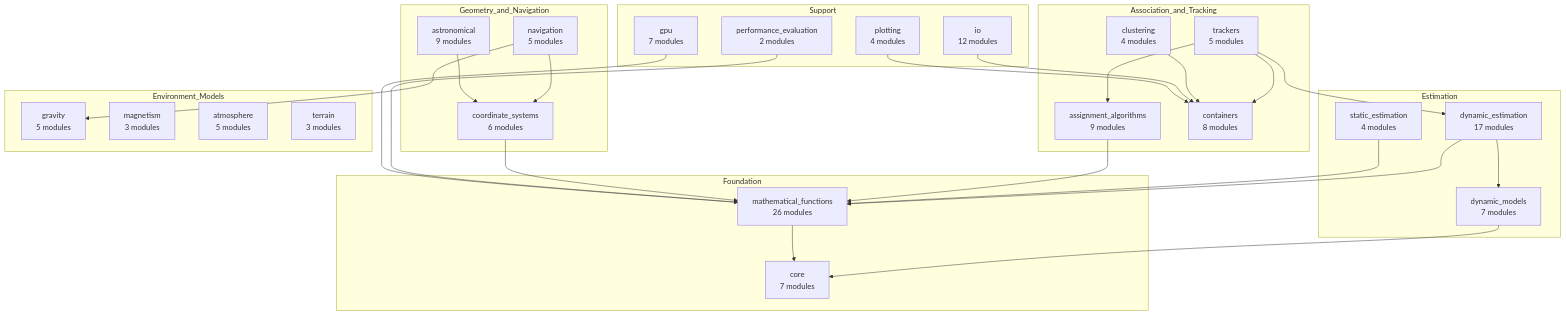
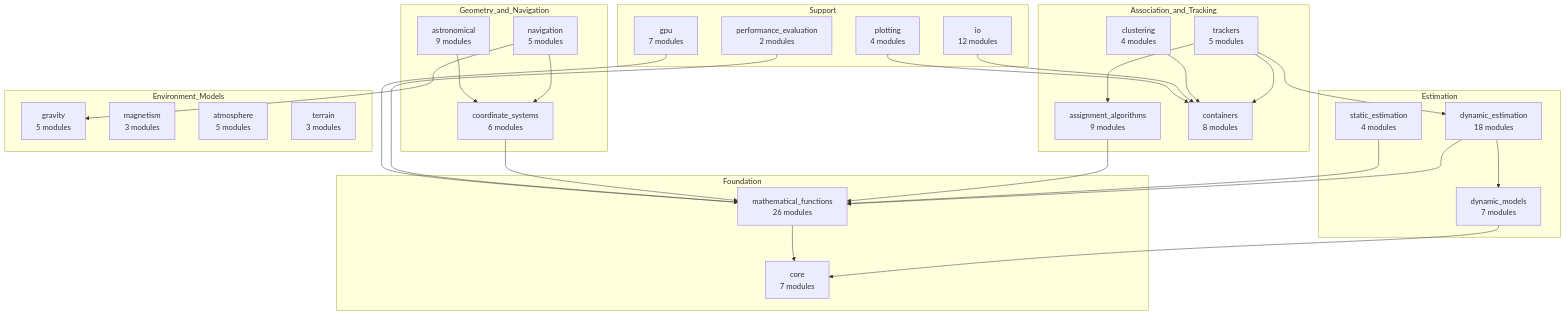
Before and after one commit to nedonatelli/TCL: the first of 4 diagrams in docs/architecture.rst, drawn with Mermaid. The commit also changed other lines of this file and 24 other files, not shown here.

```diff
--- a/docs/architecture.rst
+++ b/docs/architecture.rst
@@ -26,59 +26,59 @@
 .. mermaid::
 
    graph TD
        subgraph Estimation
-           DE["dynamic_estimation<br/>17 modules"]
+           DE["dynamic_estimation<br/>18 modules"]
            DM["dynamic_models<br/>7 modules"]
            SE["static_estimation<br/>4 modules"]
        end
 
        subgraph Association_and_Tracking
            AA["assignment_algorithms<br/>9 modules"]
            TR["trackers<br/>5 modules"]
            CL["clustering<br/>4 modules"]
            CO["containers<br/>8 modules"]
        end
 
        subgraph Geometry_and_Navigation
            CS["coordinate_systems<br/>6 modules"]
            NA["navigation<br/>5 modules"]
            AS["astronomical<br/>9 modules"]
        end
 
        subgraph Environment_Models
            GR["gravity<br/>5 modules"]
            MA["magnetism<br/>3 modules"]
            AT["atmosphere<br/>5 modules"]
            TE["terrain<br/>3 modules"]
        end
 
        subgraph Foundation
            MF["mathematical_functions<br/>26 modules"]
            CR["core<br/>7 modules"]
        end
 
        subgraph Support
            IO["io<br/>12 modules"]
            GP["gpu<br/>7 modules"]
            PL["plotting<br/>4 modules"]
            PE["performance_evaluation<br/>2 modules"]
        end
 
        TR --> DE
        TR --> AA
        TR --> CO
        DE --> DM
        DE --> MF
        AA --> MF
        CL --> CO
        NA --> CS
        NA --> GR
        AS --> CS
        SE --> MF
        CS --> MF
        PE --> MF
        IO --> CO
        GP --> MF
        PL --> CO
        DM --> CR
        MF --> CR
```
